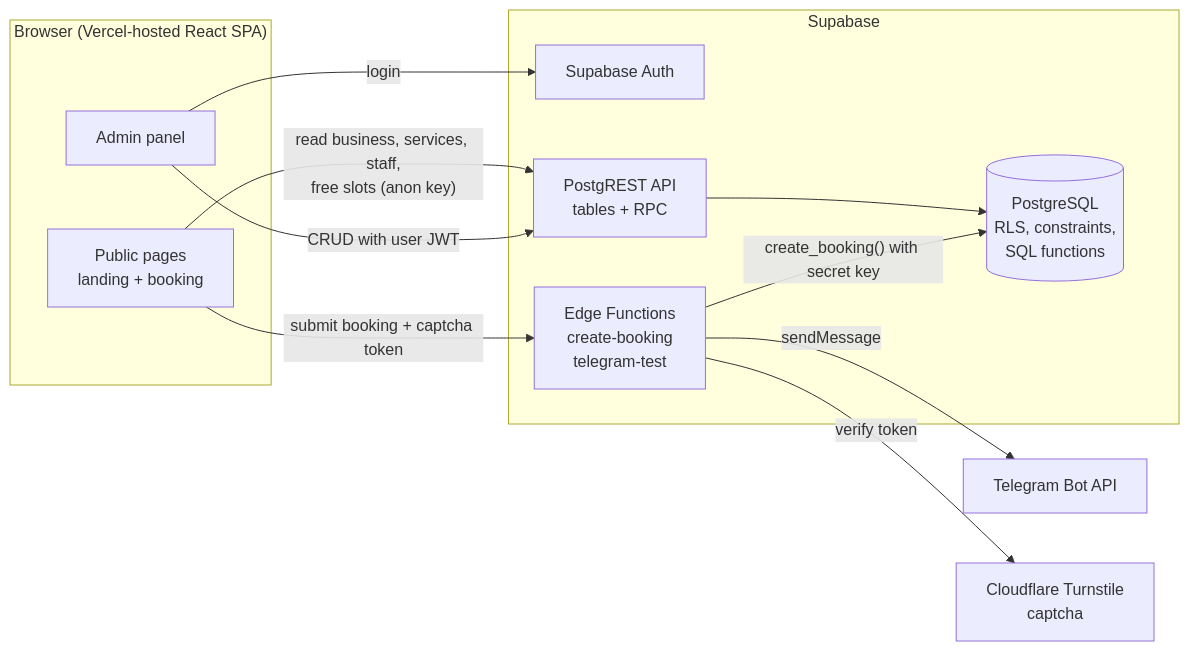
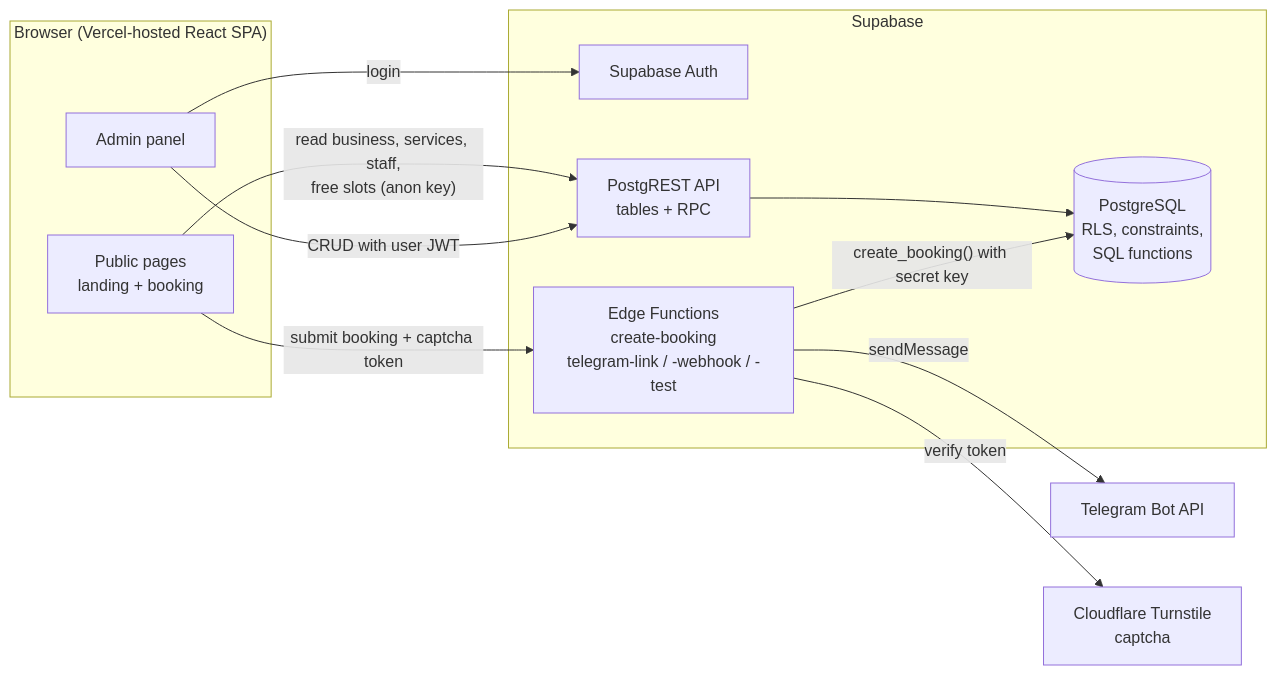
Before and after one commit to ergashjonramazonov150-design/navbatly: the first of 3 diagrams in docs/ARCHITECTURE.md, drawn with Mermaid. The commit also changed other lines of this file and 1 other file, not shown here.

First line of the commit message:
design: admin v2 (phone calendar switcher, search, no delete, login note, Botni ulash flow)

````diff
--- a/docs/ARCHITECTURE.md
+++ b/docs/ARCHITECTURE.md
@@ -76,26 +76,26 @@
 ```mermaid
 flowchart LR
     subgraph Browser["Browser (Vercel-hosted React SPA)"]
         PUB[Public pages<br/>landing + booking]
         ADM[Admin panel]
     end
 
     subgraph Supabase
         AUTH[Supabase Auth]
         API[PostgREST API<br/>tables + RPC]
         DB[(PostgreSQL<br/>RLS, constraints,<br/>SQL functions)]
-        EF[Edge Functions<br/>create-booking<br/>telegram-test]
+        EF[Edge Functions<br/>create-booking<br/>telegram-link / -webhook / -test]
     end
 
     TG[Telegram Bot API]
     CF[Cloudflare Turnstile<br/>captcha]
 
     PUB -- read business, services, staff,<br/>free slots (anon key) --> API
     PUB -- submit booking + captcha token --> EF
     ADM -- login --> AUTH
     ADM -- CRUD with user JWT --> API
     API --> DB
     EF -- verify token --> CF
     EF -- create_booking() with secret key --> DB
     EF -- sendMessage --> TG
 ```
````
